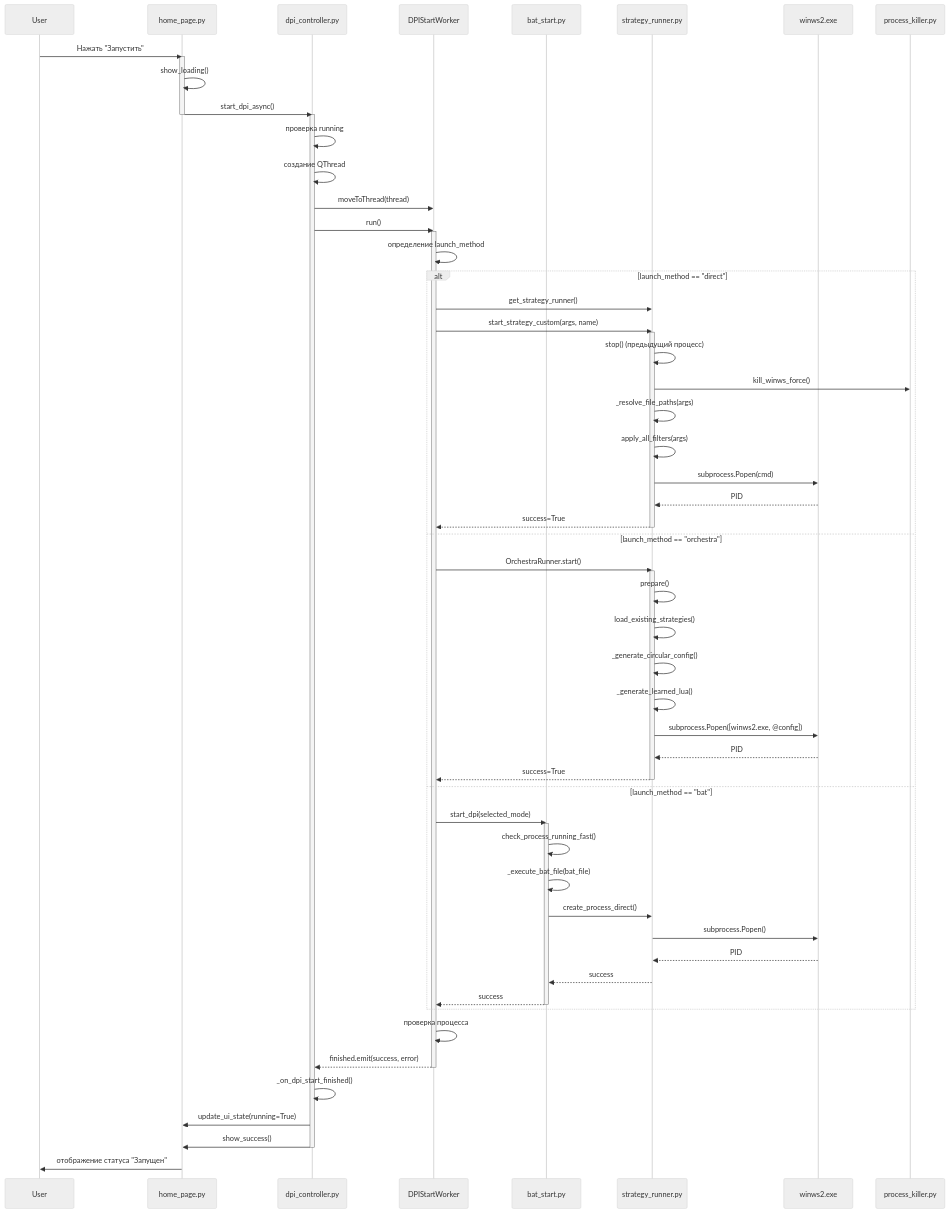
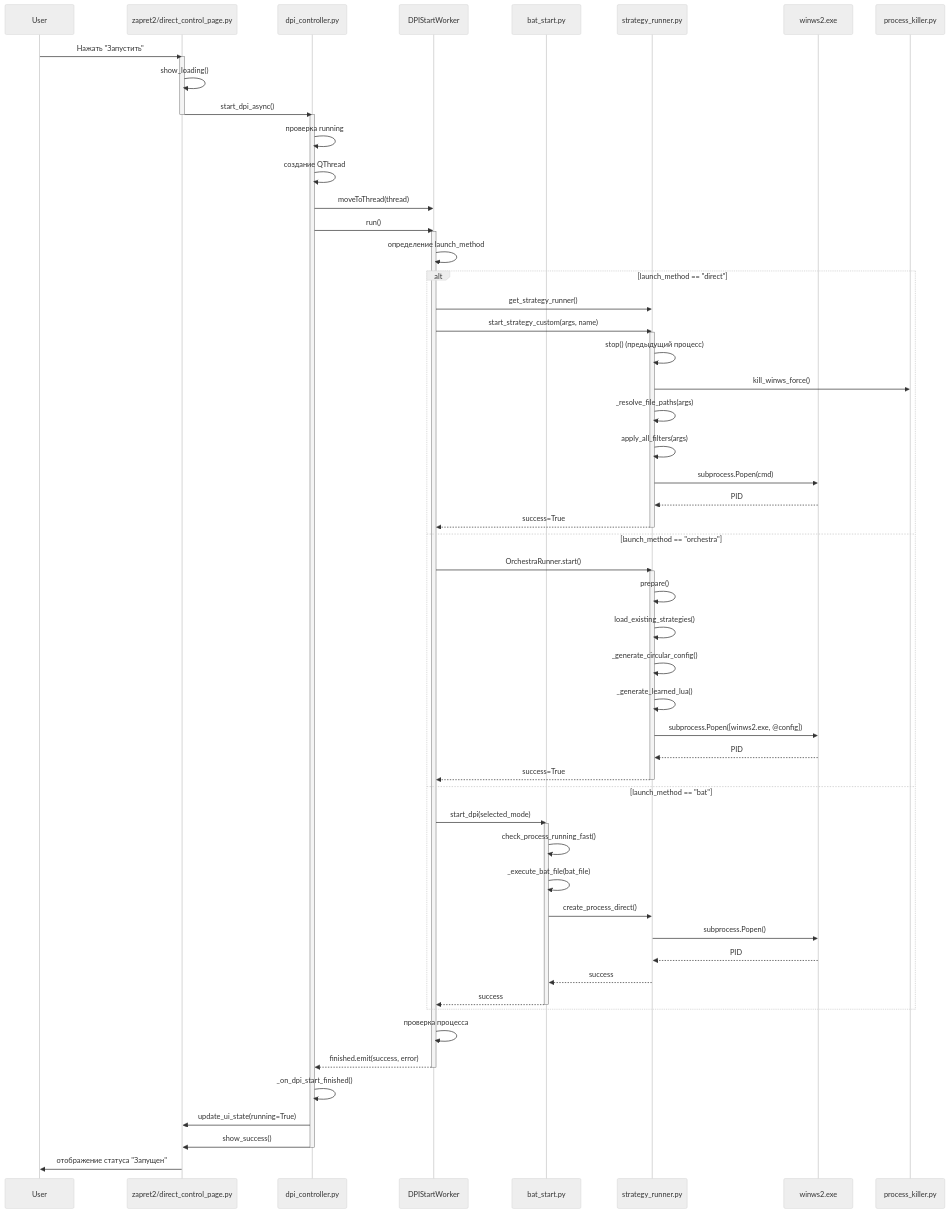
One commit to youtubediscord/zapret changed the fourth of 15 diagrams in docs/DIAGRAMS.md. Above: the diagram before and after it, drawn with Mermaid (neutral theme). The commit also changed other lines of this file and 20 other files, not shown here.

````diff
--- a/docs/DIAGRAMS.md
+++ b/docs/DIAGRAMS.md
@@ -302,77 +302,77 @@
 ```mermaid
 sequenceDiagram
     participant User
-    participant HomePage as home_page.py
+    participant ControlPage as zapret2/direct_control_page.py
     participant DPI_CTRL as dpi_controller.py
     participant Worker as DPIStartWorker
     participant BatStart as bat_start.py
     participant Runner as strategy_runner.py
     participant WinWS as winws2.exe
     participant Killer as process_killer.py
     
-    User->>HomePage: Нажать "Запустить"
-    activate HomePage
-    HomePage->>HomePage: show_loading()
-    HomePage->>DPI_CTRL: start_dpi_async()
-    deactivate HomePage
+    User->>ControlPage: Нажать "Запустить"
+    activate ControlPage
+    ControlPage->>ControlPage: show_loading()
+    ControlPage->>DPI_CTRL: start_dpi_async()
+    deactivate ControlPage
     
     activate DPI_CTRL
     DPI_CTRL->>DPI_CTRL: проверка running
     DPI_CTRL->>DPI_CTRL: создание QThread
     
     DPI_CTRL->>Worker: moveToThread(thread)
     DPI_CTRL->>Worker: run()
     activate Worker
     
     Worker->>Worker: определение launch_method
     
     alt launch_method == "direct"
         Worker->>Runner: get_strategy_runner()
         Worker->>Runner: start_strategy_custom(args, name)
         
         activate Runner
         Runner->>Runner: stop() (предыдущий процесс)
         Runner->>Killer: kill_winws_force()
         Runner->>Runner: _resolve_file_paths(args)
         Runner->>Runner: apply_all_filters(args)
         Runner->>WinWS: subprocess.Popen(cmd)
         WinWS-->>Runner: PID
         Runner-->>Worker: success=True
         deactivate Runner
         
     else launch_method == "orchestra"
         Worker->>Runner: OrchestraRunner.start()
         activate Runner
         Runner->>Runner: prepare()
         Runner->>Runner: load_existing_strategies()
         Runner->>Runner: _generate_circular_config()
         Runner->>Runner: _generate_learned_lua()
         Runner->>WinWS: subprocess.Popen([winws2.exe, @config])
         WinWS-->>Runner: PID
         Runner-->>Worker: success=True
         deactivate Runner
         
     else launch_method == "bat"
         Worker->>BatStart: start_dpi(selected_mode)
         activate BatStart
         BatStart->>BatStart: check_process_running_fast()
         BatStart->>BatStart: _execute_bat_file(bat_file)
         BatStart->>Runner: create_process_direct()
         Runner->>WinWS: subprocess.Popen()
         WinWS-->>Runner: PID
         Runner-->>BatStart: success
         BatStart-->>Worker: success
         deactivate BatStart
     end
     
     Worker->>Worker: проверка процесса
     Worker-->>DPI_CTRL: finished.emit(success, error)
     deactivate Worker
     
     DPI_CTRL->>DPI_CTRL: _on_dpi_start_finished()
-    DPI_CTRL->>HomePage: update_ui_state(running=True)
-    DPI_CTRL->>HomePage: show_success()
+    DPI_CTRL->>ControlPage: update_ui_state(running=True)
+    DPI_CTRL->>ControlPage: show_success()
     deactivate DPI_CTRL
     
-    HomePage->>User: отображение статуса "Запущен"
+    ControlPage->>User: отображение статуса "Запущен"
 ```
````
